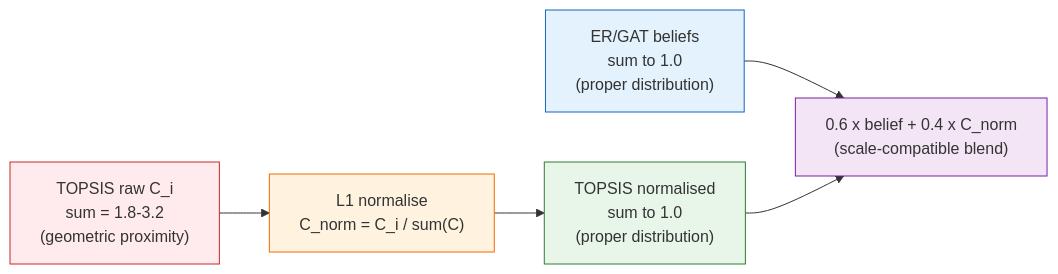
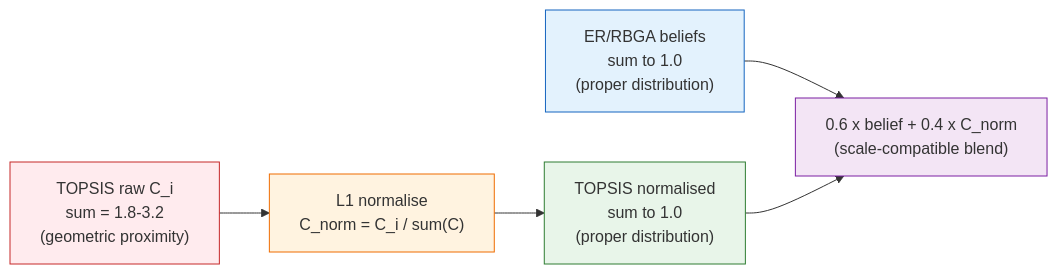
Before and after one commit to kerbgr/crisis_mas_poc: the sixth of 6 diagrams in docs/RESULTS.md, drawn with Mermaid. The commit also changed other lines of this file and 3 other files, not shown here.

````diff
--- a/docs/RESULTS.md
+++ b/docs/RESULTS.md
@@ -366,17 +362,17 @@
 ```mermaid
 flowchart LR
-    ER["ER/GAT beliefs<br/>sum to 1.0<br/>(proper distribution)"]
+    ER["ER/RBGA beliefs<br/>sum to 1.0<br/>(proper distribution)"]
     TOPSIS_RAW["TOPSIS raw C_i<br/>sum = 1.8-3.2<br/>(geometric proximity)"]
     L1["L1 normalise<br/>C_norm = C_i / sum(C)"]
     TOPSIS_NORM["TOPSIS normalised<br/>sum to 1.0<br/>(proper distribution)"]
     COMBINE["0.6 x belief + 0.4 x C_norm<br/>(scale-compatible blend)"]
 
     ER --> COMBINE
     TOPSIS_RAW --> L1 --> TOPSIS_NORM --> COMBINE
 
     style ER fill:#e3f2fd,stroke:#1565c0
     style TOPSIS_RAW fill:#ffebee,stroke:#c62828
     style L1 fill:#fff3e0,stroke:#ef6c00
     style TOPSIS_NORM fill:#e8f5e9,stroke:#2e7d32
     style COMBINE fill:#f3e5f5,stroke:#7b1fa2
 ```
````
